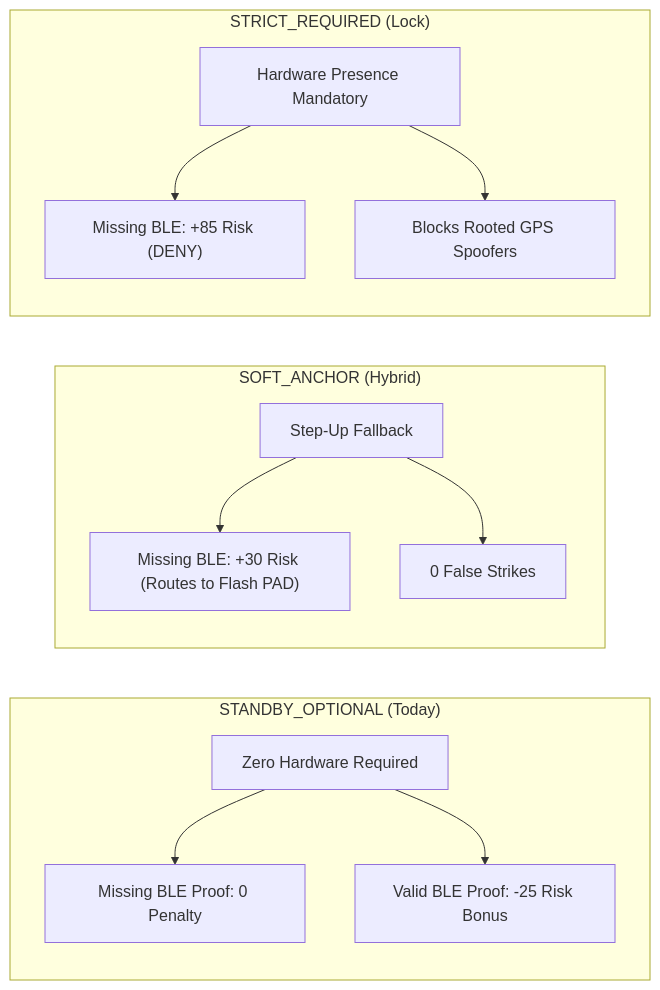
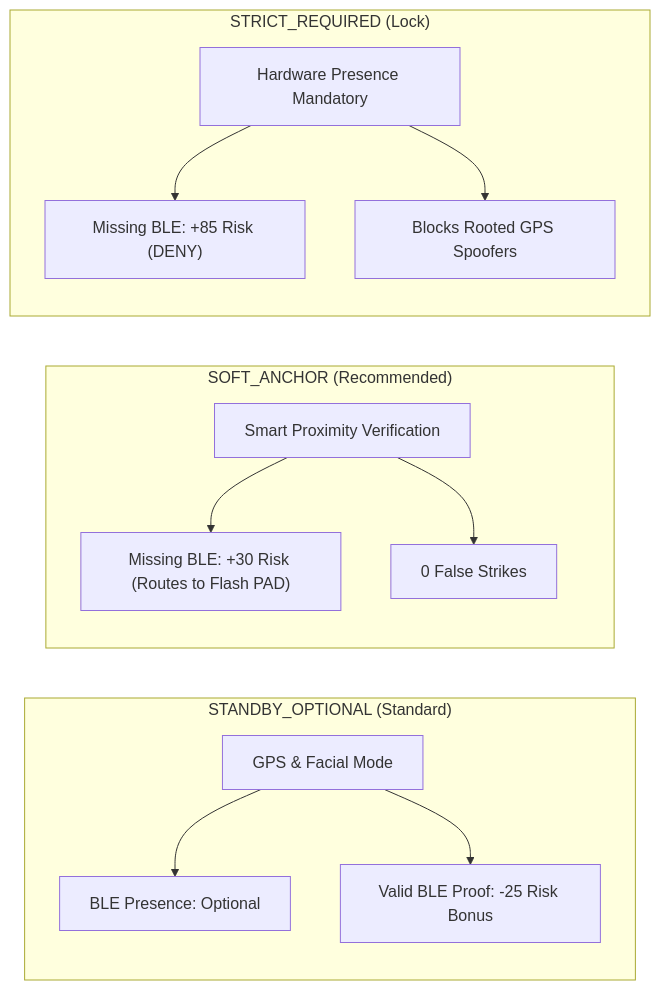
The third of 4 diagrams in docs/reports/HOSTELGUARD_MASTER_PROJECT_FUNCTIONING_REPORT.md (codewithgyan467/Attendence_system), drawn with Mermaid before and after one commit. The commit also changed other lines of this file and 5 other files, not shown here.

````diff
--- a/docs/reports/HOSTELGUARD_MASTER_PROJECT_FUNCTIONING_REPORT.md
+++ b/docs/reports/HOSTELGUARD_MASTER_PROJECT_FUNCTIONING_REPORT.md
@@ -147,20 +147,20 @@
 ```mermaid
 graph LR
-    subgraph Mode 1 ["STANDBY_OPTIONAL (Today)"]
-        M1["Zero Hardware Required"]
-        M1 --> P1["Missing BLE Proof: 0 Penalty"]
+    subgraph Mode 1 ["STANDBY_OPTIONAL (Standard)"]
+        M1["GPS & Facial Mode"]
+        M1 --> P1["BLE Presence: Optional"]
         M1 --> B1["Valid BLE Proof: -25 Risk Bonus"]
     end
 
-    subgraph Mode 2 ["SOFT_ANCHOR (Hybrid)"]
-        M2["Step-Up Fallback"]
+    subgraph Mode 2 ["SOFT_ANCHOR (Recommended)"]
+        M2["Smart Proximity Verification"]
         M2 --> P2["Missing BLE: +30 Risk (Routes to Flash PAD)"]
         M2 --> B2["0 False Strikes"]
     end
 
     subgraph Mode 3 ["STRICT_REQUIRED (Lock)"]
         M3["Hardware Presence Mandatory"]
         M3 --> P3["Missing BLE: +85 Risk (DENY)"]
         M3 --> B3["Blocks Rooted GPS Spoofers"]
     end
 ```
````
